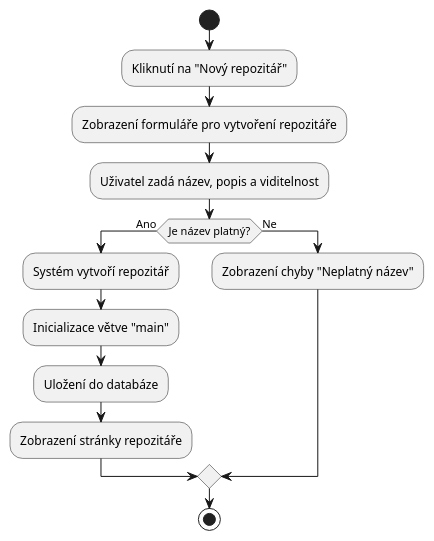
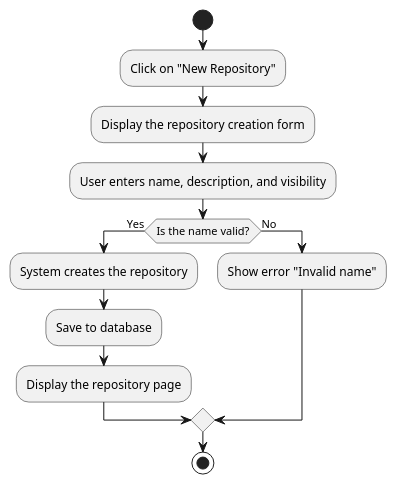
Before and after one commit to phatt-23/VIS-Project: the diagram in artifacts/plantuml-diagrams/create-repo-activity.plantuml, drawn with PlantUML. The commit also changed other lines of this file and 89 other files, not shown here.

```diff
--- a/artifacts/plantuml-diagrams/create-repo-activity.plantuml
+++ b/artifacts/plantuml-diagrams/create-repo-activity.plantuml
@@ -1,15 +1,19 @@
 @startuml
+
 start
-:Kliknutí na "Nový repozitář";
-:Zobrazení formuláře pro vytvoření repozitáře;
-:Uživatel zadá název, popis a viditelnost;
-if (Je název platný?) then (Ano)
-    :Systém vytvoří repozitář;
-    :Inicializace větve "main";
-    :Uložení do databáze;
-    :Zobrazení stránky repozitáře;
-else (Ne)
-    :Zobrazení chyby "Neplatný název";
+
+:Click on "New Repository";
+:Display the repository creation form;
+:User enters name, description, and visibility;
+
+if (Is the name valid?) then (Yes)
+    :System creates the repository;
+    :Save to database;
+    :Display the repository page;
+else (No)
+    :Show error "Invalid name";
 endif
+
 stop
+
 @enduml
```
